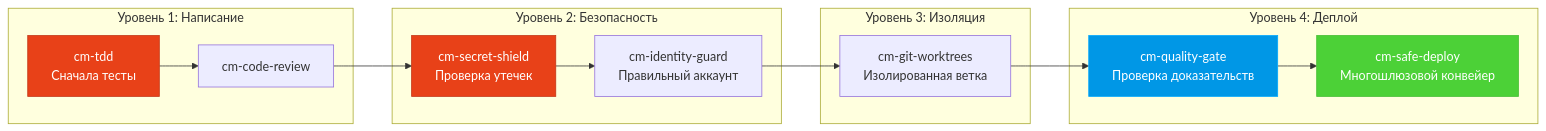
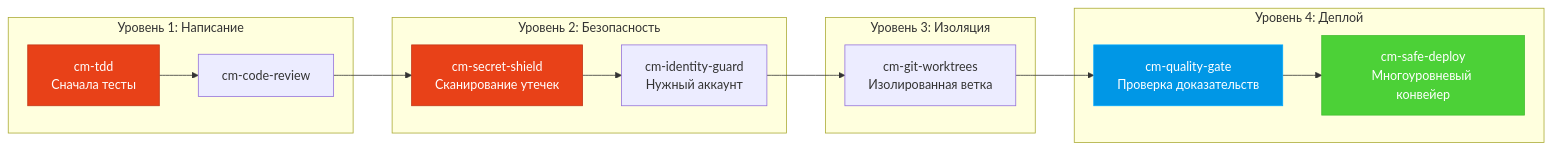
The third of 3 diagrams in README-ru.md (tody-agent/codymaster), drawn with Mermaid before and after one commit. The commit also changed other lines of this file and 27 other files, not shown here.

````diff
--- a/README-ru.md
+++ b/README-ru.md
@@ -109,19 +109,19 @@
 ```mermaid
 flowchart LR
     subgraph "Уровень 1: Написание"
         A["cm-tdd<br/>Сначала тесты"] --> B["cm-code-review"]
     end
     subgraph "Уровень 2: Безопасность"
-        B --> C["cm-secret-shield<br/>Проверка утечек"] --> D["cm-identity-guard<br/>Правильный аккаунт"]
+        B --> C["cm-secret-shield<br/>Сканирование утечек"] --> D["cm-identity-guard<br/>Нужный аккаунт"]
     end
     subgraph "Уровень 3: Изоляция"
         D --> E["cm-git-worktrees<br/>Изолированная ветка"]
     end
     subgraph "Уровень 4: Деплой"
-        E --> F["cm-quality-gate<br/>Проверка доказательств"] --> G["cm-safe-deploy<br/>Многошлюзовой конвейер"]
+        E --> F["cm-quality-gate<br/>Проверка доказательств"] --> G["cm-safe-deploy<br/>Многоуровневый конвейер"]
     end
     style A fill:#e84118,stroke:#c23616,color:#fff
     style C fill:#e84118,stroke:#c23616,color:#fff
     style F fill:#0097e6,stroke:#00a8ff,color:#fff
     style G fill:#4cd137,stroke:#44bd32,color:#fff
 ```
````
